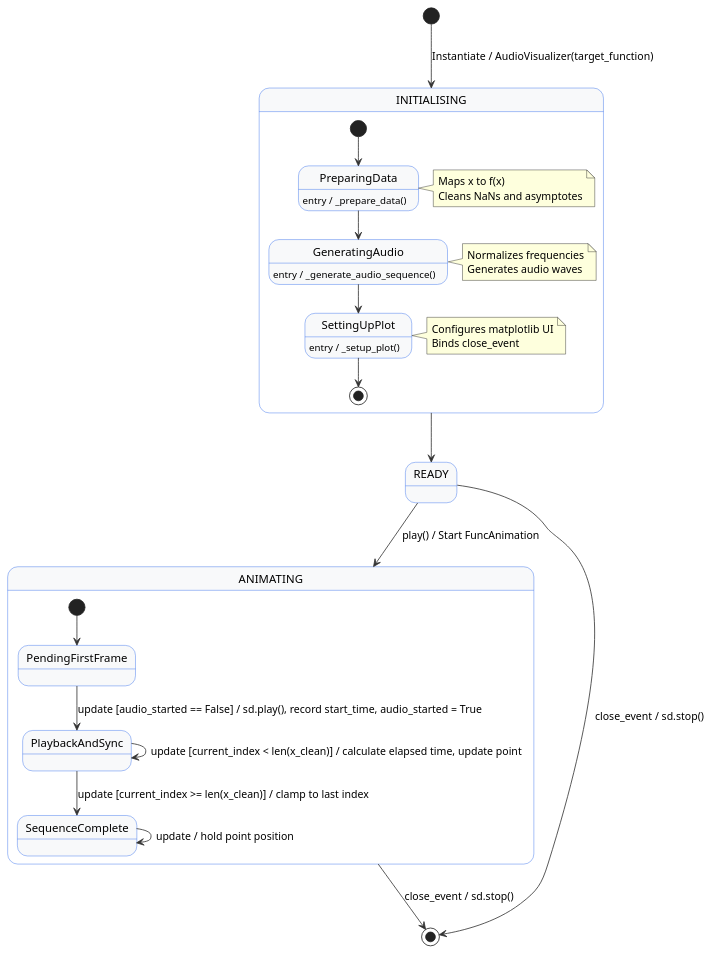
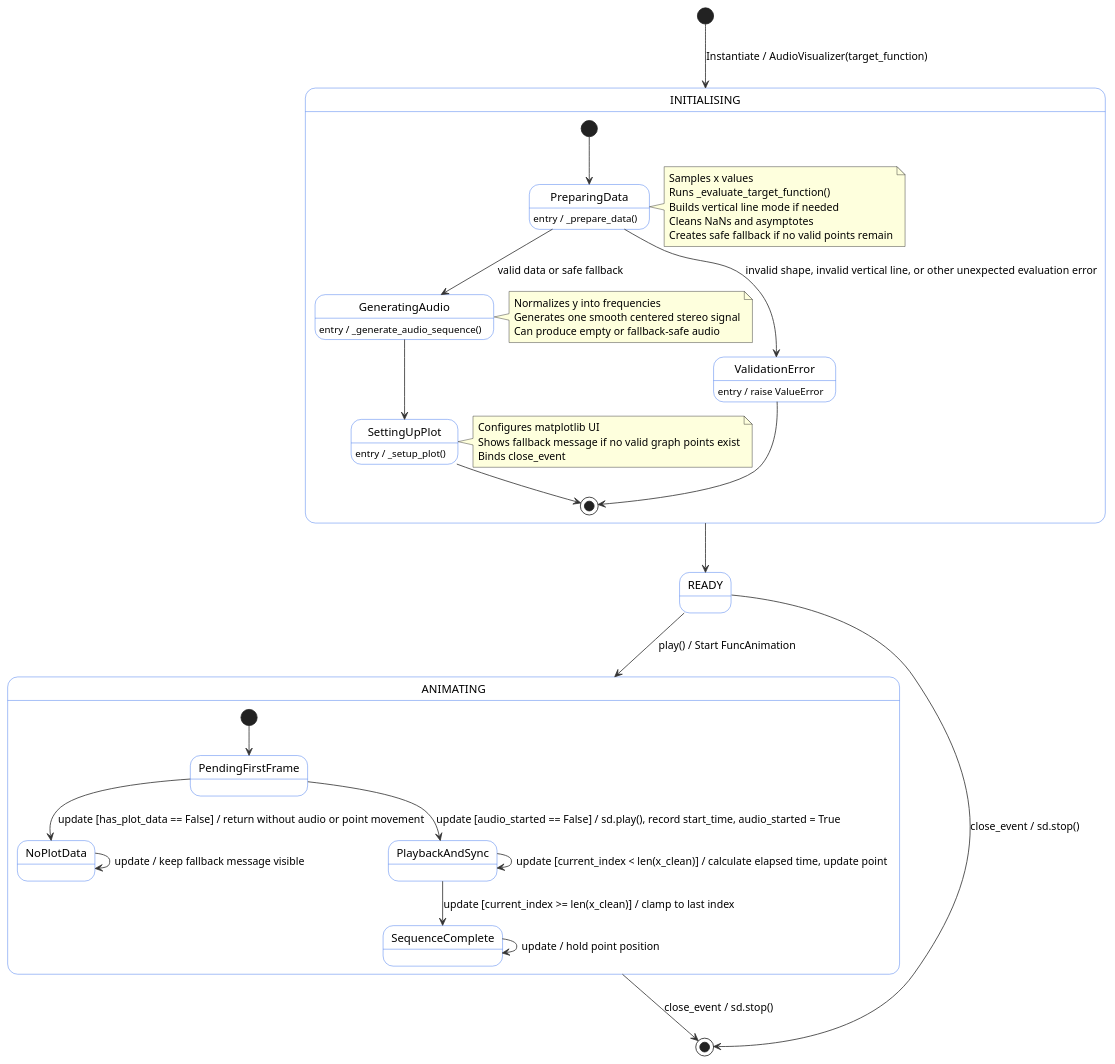
The diagram in state_diagram.wsd (katrika2025/Graphear), drawn with PlantUML before and after one commit. The commit also changed 5 other files, not shown here.

```diff
--- a/state_diagram.wsd
+++ b/state_diagram.wsd
@@ -1,54 +1,62 @@
 @startuml
 skinparam state {
-  BackgroundColor #F8F9FA
+  BackgroundColor #ffffff
   BorderColor #2563EB
   ArrowColor #333333
 }
-
 
 [*] --> INITIALISING : Instantiate / AudioVisualizer(target_function)
 
 state INITIALISING {
   [*] --> PreparingData
 
   PreparingData : entry / _prepare_data()
-  note right of PreparingData : Maps x to f(x)\nCleans NaNs and asymptotes
-  
-  PreparingData --> GeneratingAudio
+  note right of PreparingData : Samples x values\nRuns _evaluate_target_function()\nBuilds vertical line mode if needed\nCleans NaNs and asymptotes\nCreates safe fallback if no valid points remain
+
+  PreparingData --> ValidationError : invalid shape, invalid vertical line, or other unexpected evaluation error
+  PreparingData --> GeneratingAudio : valid data or safe fallback
   
   GeneratingAudio : entry / _generate_audio_sequence()
-  note right of GeneratingAudio : Normalizes frequencies\nGenerates audio waves
+  note right of GeneratingAudio : Normalizes y into frequencies\nGenerates one smooth centered stereo signal\nCan produce empty or fallback-safe audio
   
   GeneratingAudio --> SettingUpPlot
   
   SettingUpPlot : entry / _setup_plot()
-  note right of SettingUpPlot : Configures matplotlib UI\nBinds close_event
+  note right of SettingUpPlot : Configures matplotlib UI\nShows fallback message if no valid graph points exist\nBinds close_event
   
   SettingUpPlot --> [*]
+
+  state ValidationError
+  ValidationError : entry / raise ValueError
+  ValidationError --> [*]
 }
 
 
+' INITIALISING -right-> READY
 INITIALISING --> READY
 
 
+' READY -right-> ANIMATING : play() / Start FuncAnimation
 READY --> ANIMATING : play() / Start FuncAnimation
 
 state ANIMATING {
   [*] --> PendingFirstFrame
-  
+
+  PendingFirstFrame --> NoPlotData : update [has_plot_data == False] / return without audio or point movement
   PendingFirstFrame --> PlaybackAndSync : update [audio_started == False] / sd.play(), record start_time, audio_started = True
   
   PlaybackAndSync --> PlaybackAndSync : update [current_index < len(x_clean)] / calculate elapsed time, update point
   
   PlaybackAndSync --> SequenceComplete : update [current_index >= len(x_clean)] / clamp to last index
-  
+
+  NoPlotData --> NoPlotData : update / keep fallback message visible
   SequenceComplete --> SequenceComplete : update / hold point position
 }
 
 
 ANIMATING --> [*] : close_event / sd.stop()
 
 
 READY --> [*] : close_event / sd.stop()
 
 @enduml
```
